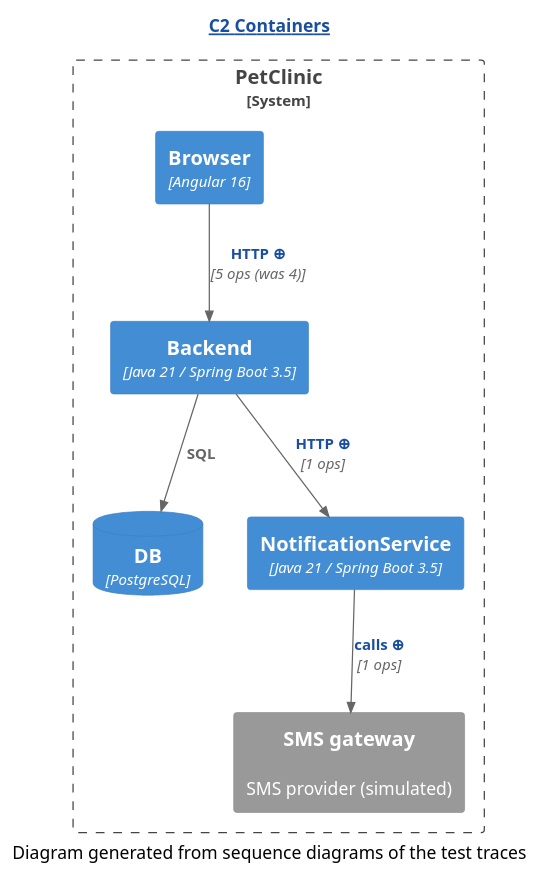
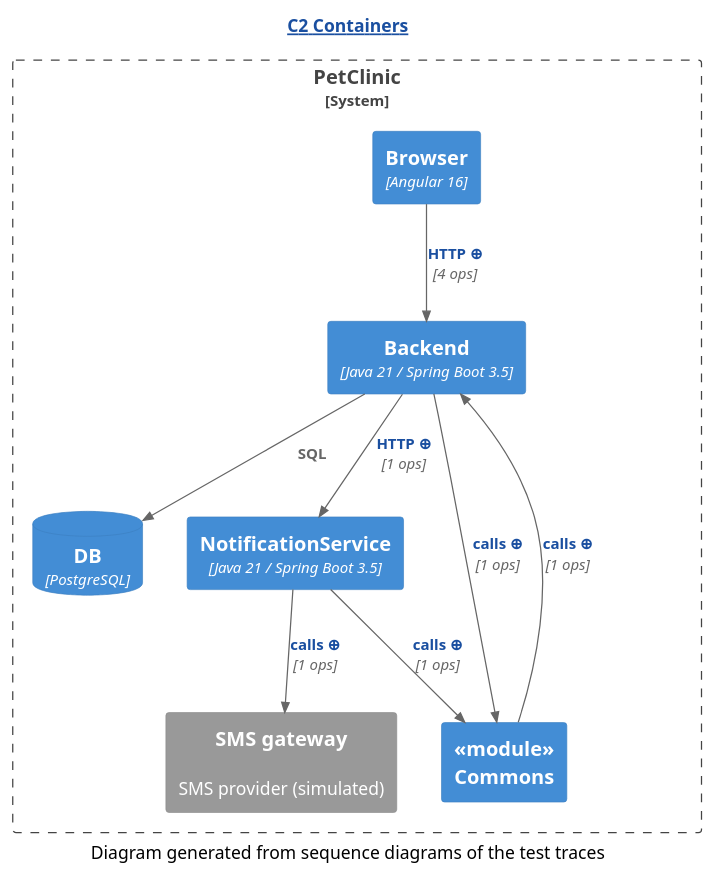
Before and after one commit to Winandvdb/human-review: the diagram in demo/demo/assets/c2/C2-Containers.diff.puml, drawn with PlantUML. The commit also changed 97 other files, not shown here.

```diff
--- a/demo/demo/assets/c2/C2-Containers.diff.puml
+++ b/demo/demo/assets/c2/C2-Containers.diff.puml
@@ -1,20 +1,24 @@
 @startuml
 ' ⚠️  GENERATED — projected from the sequence diagrams by c2-from-sequence.py.
 !include <C4/C4_Container>
 HIDE_STEREOTYPE()
 skinparam hyperlinkUnderline false
 skinparam hyperlinkColor #1A4FA0
 title [[https://c4model.com/diagrams/container{What is a C2 diagram?} C2 Containers]]
 System_Boundary(c2_system, "PetClinic") {
   Container(Backend, "Backend", "Java 21 / Spring Boot 3.5", "")
   Container(Browser, "Browser", "Angular 16", "")
   ContainerDb(DB, "DB", "PostgreSQL", "")
   Container(NotificationService, "NotificationService", "Java 21 / Spring Boot 3.5", "")
   System_Ext(SMS_gateway, "SMS gateway", "SMS provider (simulated)", "")
+  Container(_module__nCommons, "«module»\nCommons", "", "")
 }
 Rel(Backend, DB, "SQL", "")
 Rel(Backend, NotificationService, "[[genseq://c2-279a196c9d{Click for the calls behind this line} HTTP ⊕]]", "1 ops")
-Rel(Browser, Backend, "[[genseq://c2-fb35163739{Click for the calls behind this line} HTTP ⊕]]", "5 ops (was 4)")
+Rel(Backend, _module__nCommons, "[[genseq://c2-103d57f8db{Click for the calls behind this line} calls ⊕]]", "1 ops")
+Rel(Browser, Backend, "[[genseq://c2-43d2943456{Click for the calls behind this line} HTTP ⊕]]", "4 ops")
 Rel(NotificationService, SMS_gateway, "[[genseq://c2-cb01a30b7a{Click for the calls behind this line} calls ⊕]]", "1 ops")
+Rel(NotificationService, _module__nCommons, "[[genseq://c2-e128eb6ba0{Click for the calls behind this line} calls ⊕]]", "1 ops")
+Rel(_module__nCommons, Backend, "[[genseq://c2-cd32149db2{Click for the calls behind this line} calls ⊕]]", "1 ops")
 caption Diagram generated from sequence diagrams of the test traces
 @enduml
```
